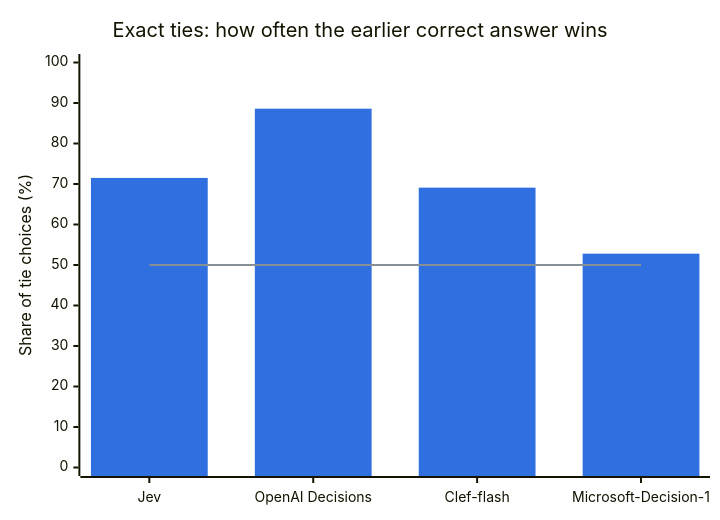
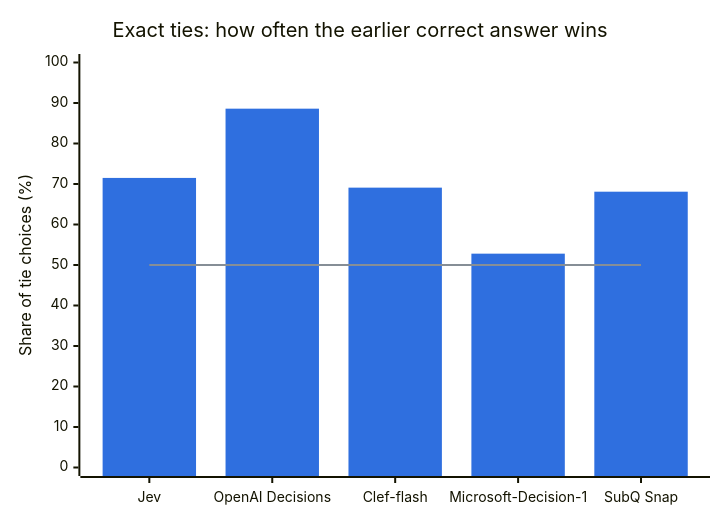
The third of 3 diagrams in results/analysis.md (dorkitude/order-blind-decisions), drawn with Mermaid before and after one commit. The commit also changed other lines of this file and 12 other files, not shown here.

````diff
--- a/results/analysis.md
+++ b/results/analysis.md
@@ -147,9 +162,9 @@
 ```mermaid
 %%{init: {"themeVariables": {"xyChart": {"plotColorPalette": "#2f6fdf, #868e96"}}}}%%
 xychart-beta
     title "Exact ties: how often the earlier correct answer wins"
-    x-axis ["Jev", "OpenAI Decisions", "Clef-flash", "Microsoft-Decision-1"]
+    x-axis ["Jev", "OpenAI Decisions", "Clef-flash", "Microsoft-Decision-1", "SubQ Snap"]
     y-axis "Share of tie choices (%)" 0 --> 100
-    bar [71.5, 88.6, 69.1, 52.8]
-    line [50, 50, 50, 50]
+    bar [71.5, 88.6, 69.1, 52.8, 68.1]
+    line [50, 50, 50, 50, 50]
 ```
````
